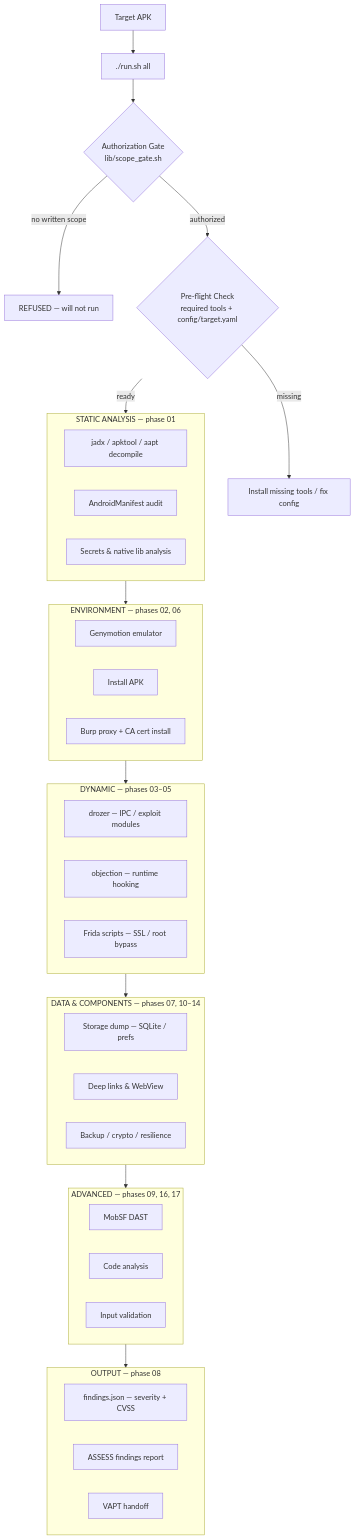
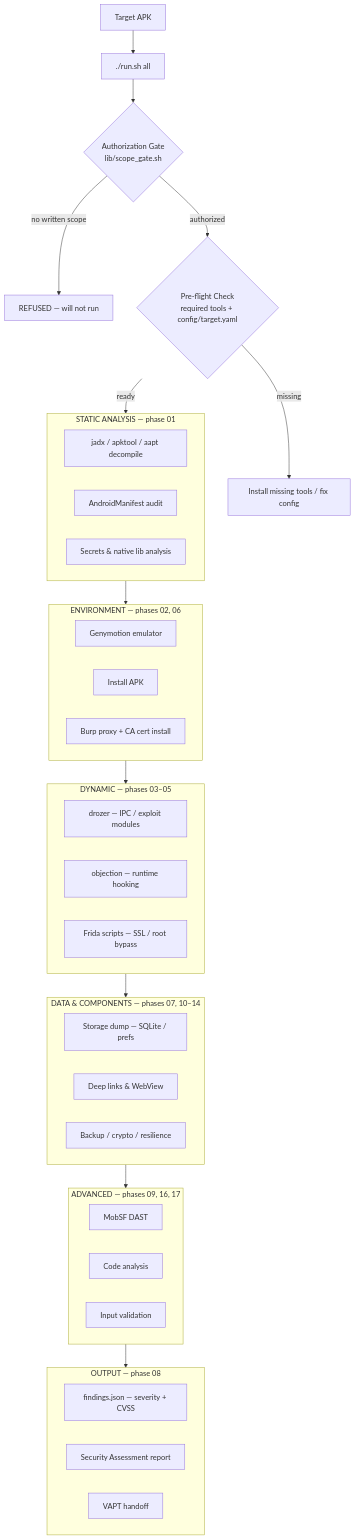
One commit to Vinayakji/viny-motion changed the diagram in README.md. Above: the diagram before and after it, drawn with Mermaid. The commit also changed 1 other file, not shown here.

Commit message:
refactor: remove legacy branding — rename to Security Assessment report
- phases/08_findings_report.sh: ASSESS_FILE/heredocs/filenames -> ASSESS_*, '# ASSESS Security Report' -> '# Security Assessment Report', 'ASSESS_REPORT.md' -> 'ASSESS_REPORT.md'
- README: ASSESS findings report -> Security Assessment report

````diff
--- a/README.md
+++ b/README.md
@@ -11,47 +11,47 @@
 ```mermaid
 flowchart TD
     APK[Target APK] --> RUN[./run.sh all]
     RUN --> GATE{Authorization Gate<br/>lib/scope_gate.sh}
     GATE -- "no written scope" --> REFUSE[REFUSED — will not run]
     GATE -- "authorized" --> CHECK{Pre-flight Check<br/>required tools + config/target.yaml}
     CHECK -- "missing" --> FIX[Install missing tools / fix config]
     CHECK -- "ready" --> A
 
     subgraph A["STATIC ANALYSIS — phase 01"]
         A1[jadx / apktool / aapt decompile]
         A2[AndroidManifest audit]
         A3[Secrets & native lib analysis]
     end
 
     subgraph B["ENVIRONMENT — phases 02, 06"]
         B1[Genymotion emulator]
         B2[Install APK]
         B3[Burp proxy + CA cert install]
     end
 
     subgraph C["DYNAMIC — phases 03–05"]
         C1[drozer — IPC / exploit modules]
         C2[objection — runtime hooking]
         C3[Frida scripts — SSL / root bypass]
     end
 
     subgraph D["DATA & COMPONENTS — phases 07, 10–14"]
         D1[Storage dump — SQLite / prefs]
         D2[Deep links & WebView]
         D3[Backup / crypto / resilience]
     end
 
     subgraph E["ADVANCED — phases 09, 16, 17"]
         E1[MobSF DAST]
         E2[Code analysis]
         E3[Input validation]
     end
 
     subgraph F["OUTPUT — phase 08"]
         F1[findings.json — severity + CVSS]
-        F2[ASSESS findings report]
+        F2[Security Assessment report]
         F3[VAPT handoff]
     end
 
     A --> B --> C --> D --> E --> F
 ```
````
